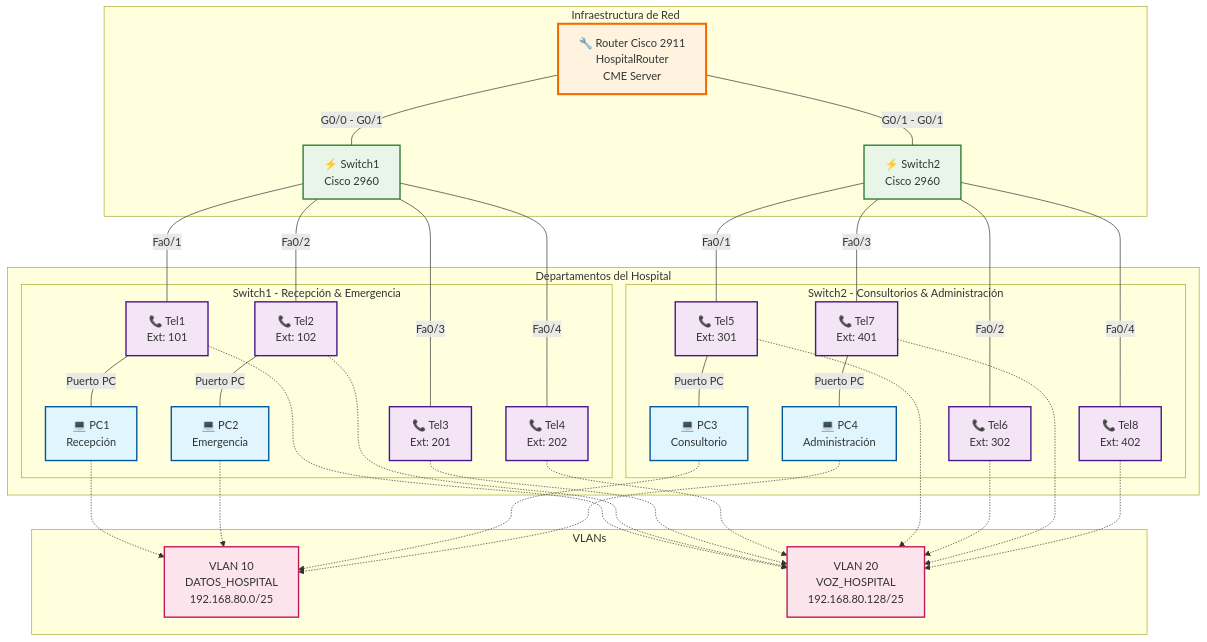
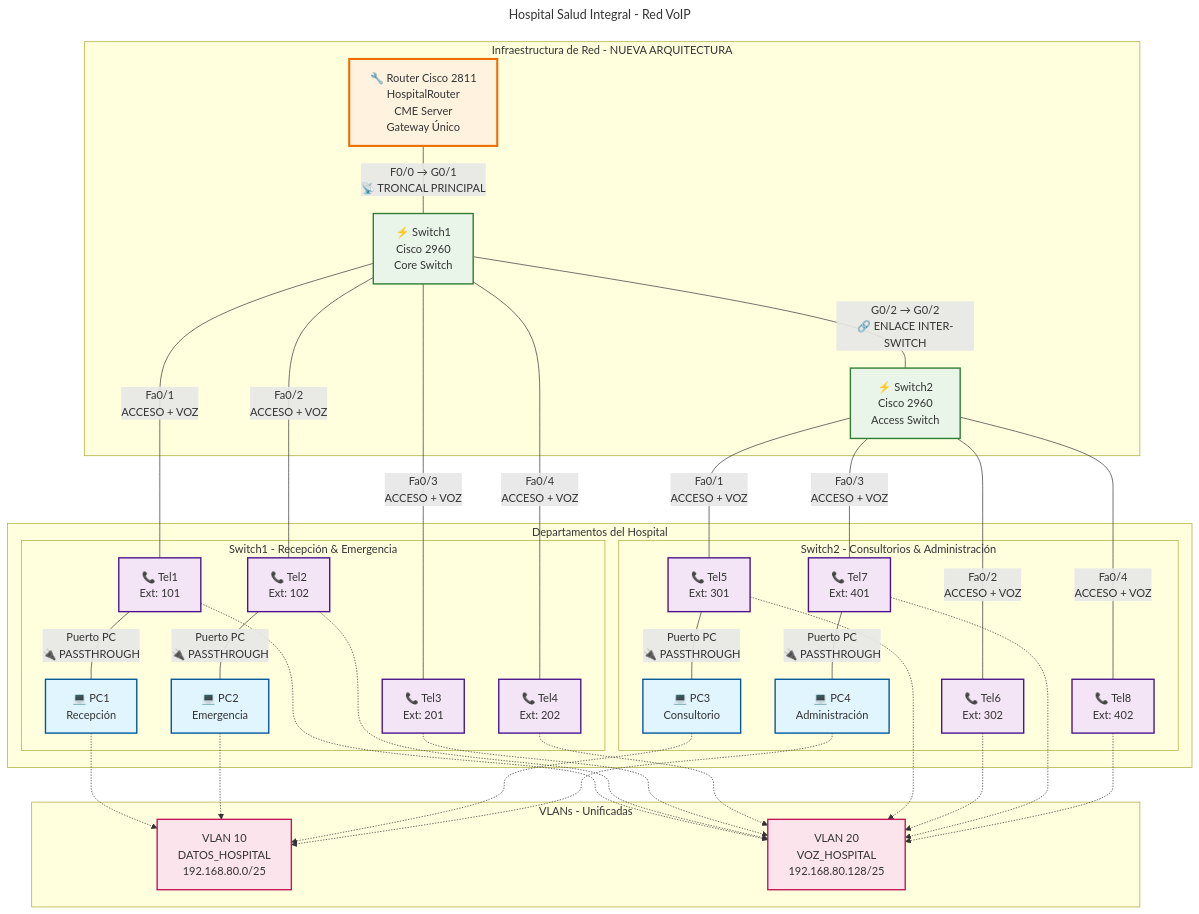
The diagram in docs/diagrams/Topology.mmd (Yuzu02/TIP1-Hospital), drawn with Mermaid before and after one commit. The commit also changed 6 other files, not shown here.

```diff
--- a/docs/diagrams/Topology.mmd
+++ b/docs/diagrams/Topology.mmd
@@ -1,82 +1,84 @@
 ---
 config:
   layout: dagre
+title: Hospital Salud Integral - Red VoIP
 ---
 flowchart TD
  subgraph subGraph0["Switch1 - Recepción & Emergencia"]
         PC1["💻 PC1<br>Recepción"]
         PC2["💻 PC2<br>Emergencia"]
         TEL1["📞 Tel1<br>Ext: 101"]
         TEL2["📞 Tel2<br>Ext: 102"]
         TEL3["📞 Tel3<br>Ext: 201"]
         TEL4["📞 Tel4<br>Ext: 202"]
   end
  subgraph subGraph1["Switch2 - Consultorios & Administración"]
         PC3["💻 PC3<br>Consultorio"]
         PC4["💻 PC4<br>Administración"]
         TEL5["📞 Tel5<br>Ext: 301"]
         TEL6["📞 Tel6<br>Ext: 302"]
         TEL7["📞 Tel7<br>Ext: 401"]
         TEL8["📞 Tel8<br>Ext: 402"]
   end
  subgraph subGraph2["Departamentos del Hospital"]
         subGraph0
         subGraph1
   end
- subgraph subGraph3["Infraestructura de Red"]
-        ROUTER["🔧 Router Cisco 2911<br>HospitalRouter<br>CME Server"]
-        SW1["⚡ Switch1<br>Cisco 2960"]
-        SW2["⚡ Switch2<br>Cisco 2960"]
+ subgraph subGraph3["Infraestructura de Red - NUEVA ARQUITECTURA"]
+        ROUTER["🔧 Router Cisco 2811<br>HospitalRouter<br>CME Server<br>Gateway Único"]
+        SW1["⚡ Switch1<br>Cisco 2960<br>Core Switch"]
+        SW2["⚡ Switch2<br>Cisco 2960<br>Access Switch"]
   end
- subgraph VLANs["VLANs"]
+ subgraph VLANs["VLANs - Unificadas"]
         VLAN10["VLAN 10<br>DATOS_HOSPITAL<br>192.168.80.0/25"]
         VLAN20["VLAN 20<br>VOZ_HOSPITAL<br>192.168.80.128/25"]
   end
-    ROUTER -- "G0/0 - G0/1" --- SW1
-    ROUTER -- "G0/1 - G0/1" --- SW2
-    SW1 -- Fa0/1 --- TEL1
-    TEL1 -- Puerto PC --- PC1
-    SW1 -- Fa0/2 --- TEL2
-    TEL2 -- Puerto PC --- PC2
-    SW1 -- Fa0/3 --- TEL3
-    SW1 -- Fa0/4 --- TEL4
-    SW2 -- Fa0/1 --- TEL5
-    TEL5 -- Puerto PC --- PC3
-    SW2 -- Fa0/2 --- TEL6
-    SW2 -- Fa0/3 --- TEL7
-    TEL7 -- Puerto PC --- PC4
-    SW2 -- Fa0/4 --- TEL8
+    ROUTER -- F0/0 → G0/1<br>📡 TRONCAL PRINCIPAL --- SW1
+    SW1 -- "G0/2 → G0/2<br>🔗 ENLACE INTER-SWITCH" --- SW2
+    SW1 -- Fa0/1<br>ACCESO + VOZ --- TEL1
+    TEL1 -- Puerto PC<br>🔌 PASSTHROUGH --- PC1
+    SW1 -- Fa0/2<br>ACCESO + VOZ --- TEL2
+    TEL2 -- Puerto PC<br>🔌 PASSTHROUGH --- PC2
+    SW1 -- Fa0/3<br>ACCESO + VOZ --- TEL3
+    SW1 -- Fa0/4<br>ACCESO + VOZ --- TEL4
+    SW2 -- Fa0/1<br>ACCESO + VOZ --- TEL5
+    TEL5 -- Puerto PC<br>🔌 PASSTHROUGH --- PC3
+    SW2 -- Fa0/2<br>ACCESO + VOZ --- TEL6
+    SW2 -- Fa0/3<br>ACCESO + VOZ --- TEL7
+    TEL7 -- Puerto PC<br>🔌 PASSTHROUGH --- PC4
+    SW2 -- Fa0/4<br>ACCESO + VOZ --- TEL8
     PC1 -.-> VLAN10
     PC2 -.-> VLAN10
     PC3 -.-> VLAN10
     PC4 -.-> VLAN10
     TEL1 -.-> VLAN20
     TEL2 -.-> VLAN20
     TEL3 -.-> VLAN20
     TEL4 -.-> VLAN20
     TEL5 -.-> VLAN20
     TEL6 -.-> VLAN20
     TEL7 -.-> VLAN20
     TEL8 -.-> VLAN20
      PC1:::pcStyle
      PC2:::pcStyle
      TEL1:::telStyle
      TEL2:::telStyle
      TEL3:::telStyle
      TEL4:::telStyle
      PC3:::pcStyle
      PC4:::pcStyle
      TEL5:::telStyle
      TEL6:::telStyle
      TEL7:::telStyle
      TEL8:::telStyle
      ROUTER:::routerStyle
      SW1:::switchStyle
      SW2:::switchStyle
      VLAN10:::vlanStyle
      VLAN20:::vlanStyle
     classDef pcStyle fill:#e1f5fe,stroke:#01579b,stroke-width:2px
     classDef telStyle fill:#f3e5f5,stroke:#4a148c,stroke-width:2px
     classDef switchStyle fill:#e8f5e8,stroke:#2e7d32,stroke-width:2px
     classDef routerStyle fill:#fff3e0,stroke:#ef6c00,stroke-width:3px
     classDef vlanStyle fill:#fce4ec,stroke:#c2185b,stroke-width:2px
+    classDef changeStyle fill:#e8f5e8,stroke:#ff5722,stroke-width:2px,stroke-dasharray: 5 5
```
